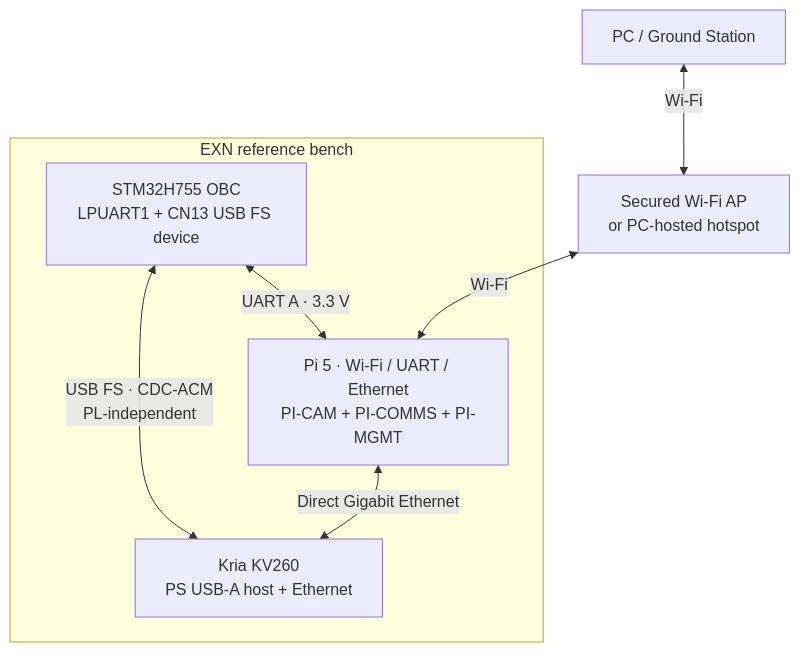
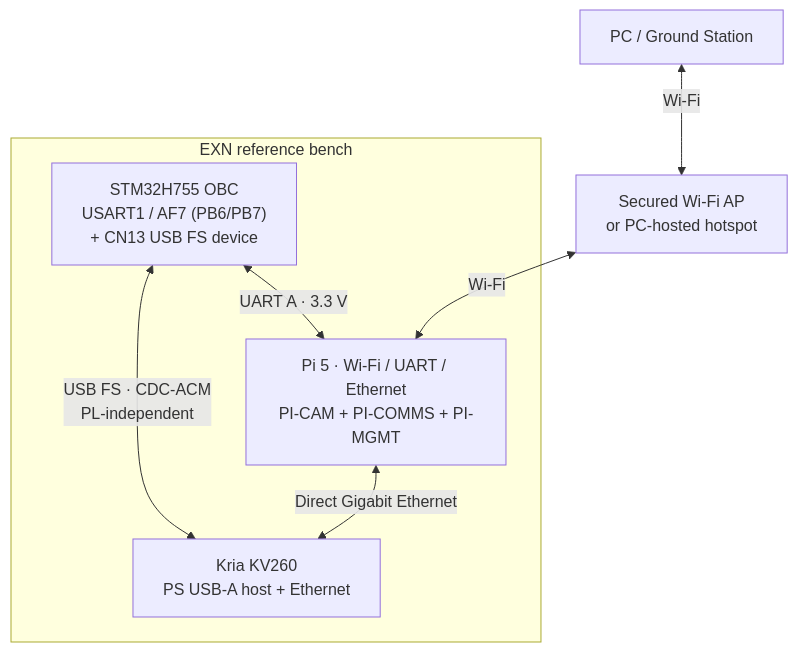
Before and after one commit to ExoSpaceLabs/exn: the third of 10 diagrams in docs/architecture.md, drawn with Mermaid. The commit also changed 6 other files, not shown here.

````diff
--- a/docs/architecture.md
+++ b/docs/architecture.md
@@ -116,15 +116,15 @@
 ```mermaid
 flowchart TB
   GS["PC / Ground Station"]
   WIFI["Secured Wi-Fi AP<br/>or PC-hosted hotspot"]
   subgraph BENCH["EXN reference bench"]
     PI5["Pi 5 · Wi-Fi / UART / Ethernet<br/>PI-CAM + PI-COMMS + PI-MGMT"]
-    MCU["STM32H755 OBC<br/>LPUART1 + CN13 USB FS device"]
+    MCU["STM32H755 OBC<br/>USART1 / AF7 (PB6/PB7)<br/>+ CN13 USB FS device"]
     FPGA["Kria KV260<br/>PS USB-A host + Ethernet"]
     MCU <-->|"UART A · 3.3 V"| PI5
     MCU <-->|"USB FS · CDC-ACM<br/>PL-independent"| FPGA
     PI5 <-->|"Direct Gigabit Ethernet"| FPGA
   end
   GS <-->|"Wi-Fi"| WIFI
   WIFI <-->|"Wi-Fi"| PI5
 ```
````
